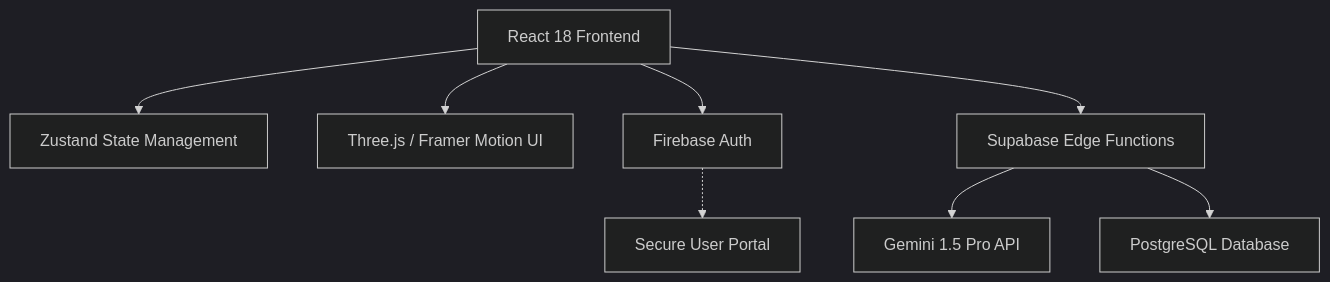
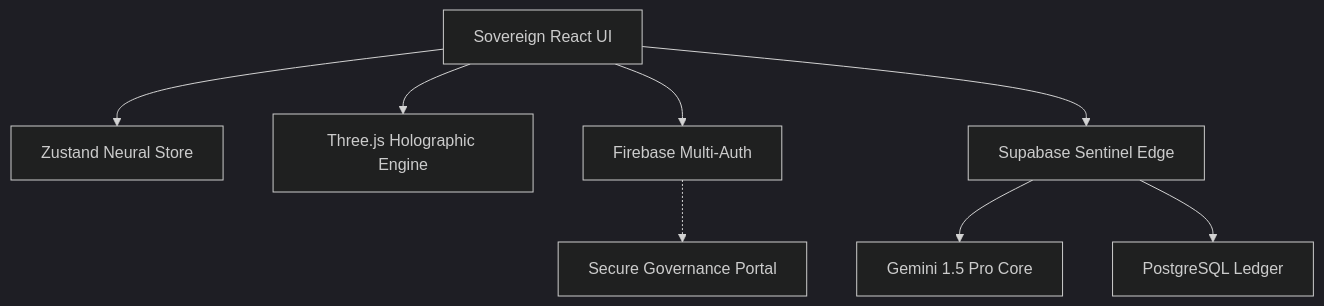
Before and after one commit to KR-007J/unbiased-ai: the diagram in unbiased-ai/README.md, drawn with Mermaid (dark theme). The commit also changed other lines of this file and 15 other files, not shown here.

Commit message:
GOD LEVEL ASCENSION: Sovereign Neural Governance Interface, Prophetic Vectoring, Institutional PDF Exports, and Branding Upgrades [Architect: Krish Joshi]

````diff
--- a/unbiased-ai/README.md
+++ b/unbiased-ai/README.md
@@ -32,10 +32,10 @@
 ```mermaid
 graph TD
-    A[React 18 Frontend] --> B[Zustand State Management]
-    A --> C[Three.js / Framer Motion UI]
-    A --> D[Firebase Auth]
-    A --> E[Supabase Edge Functions]
-    E --> F[Gemini 1.5 Pro API]
-    E --> G[PostgreSQL Database]
-    D -.-> H[Secure User Portal]
+    A[Sovereign React UI] --> B[Zustand Neural Store]
+    A --> C[Three.js Holographic Engine]
+    A --> D[Firebase Multi-Auth]
+    A --> E[Supabase Sentinel Edge]
+    E --> F[Gemini 1.5 Pro Core]
+    E --> G[PostgreSQL Ledger]
+    D -.-> H[Secure Governance Portal]
 ```
````
